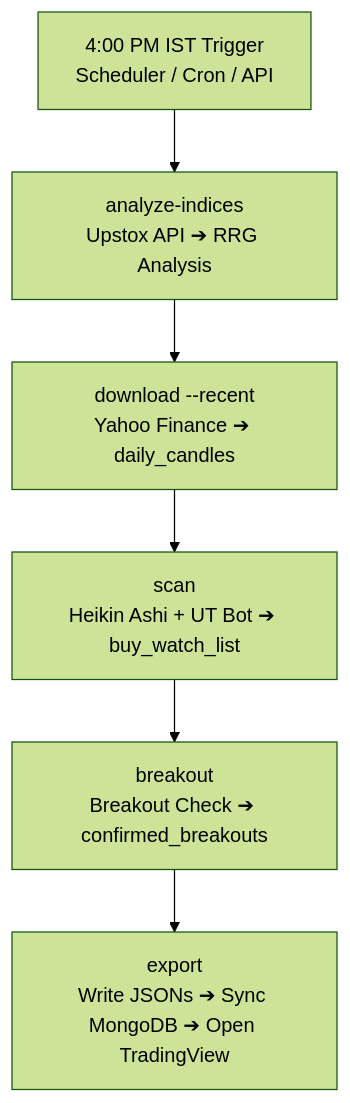
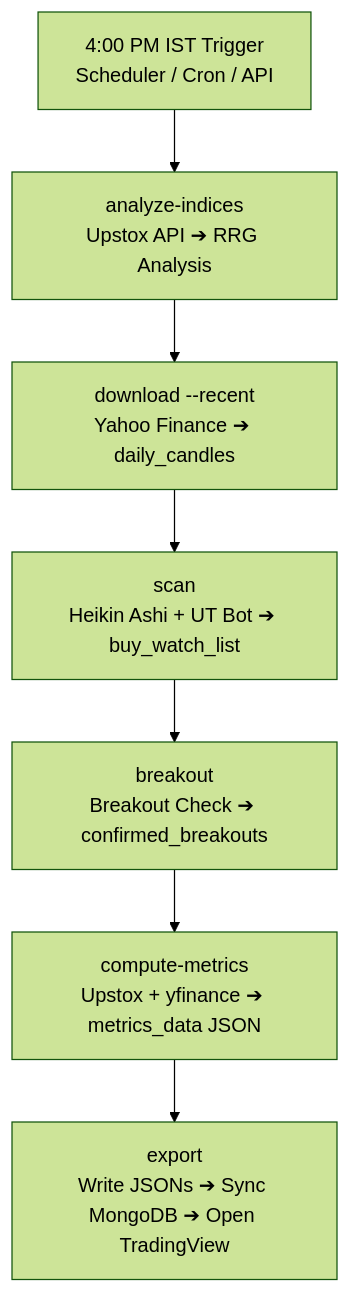
One commit to punitkr03/stock_screener changed the diagram in context.md. Above: the diagram before and after it, drawn with Mermaid (forest theme). The commit also changed other lines of this file and 16 other files, not shown here.

````diff
--- a/context.md
+++ b/context.md
@@ -163,8 +176,9 @@
 ```mermaid
 flowchart TD
     A[4:00 PM IST Trigger\nScheduler / Cron / API] --> B[analyze-indices\nUpstox API ➔ RRG Analysis]
     B --> C[download --recent\nYahoo Finance ➔ daily_candles]
     C --> D[scan\nHeikin Ashi + UT Bot ➔ buy_watch_list]
     D --> E[breakout\nBreakout Check ➔ confirmed_breakouts]
-    E --> F[export\nWrite JSONs ➔ Sync MongoDB ➔ Open TradingView]
+    E --> F[compute-metrics\nUpstox + yfinance ➔ metrics_data JSON]
+    F --> G[export\nWrite JSONs ➔ Sync MongoDB ➔ Open TradingView]
 ```
````
